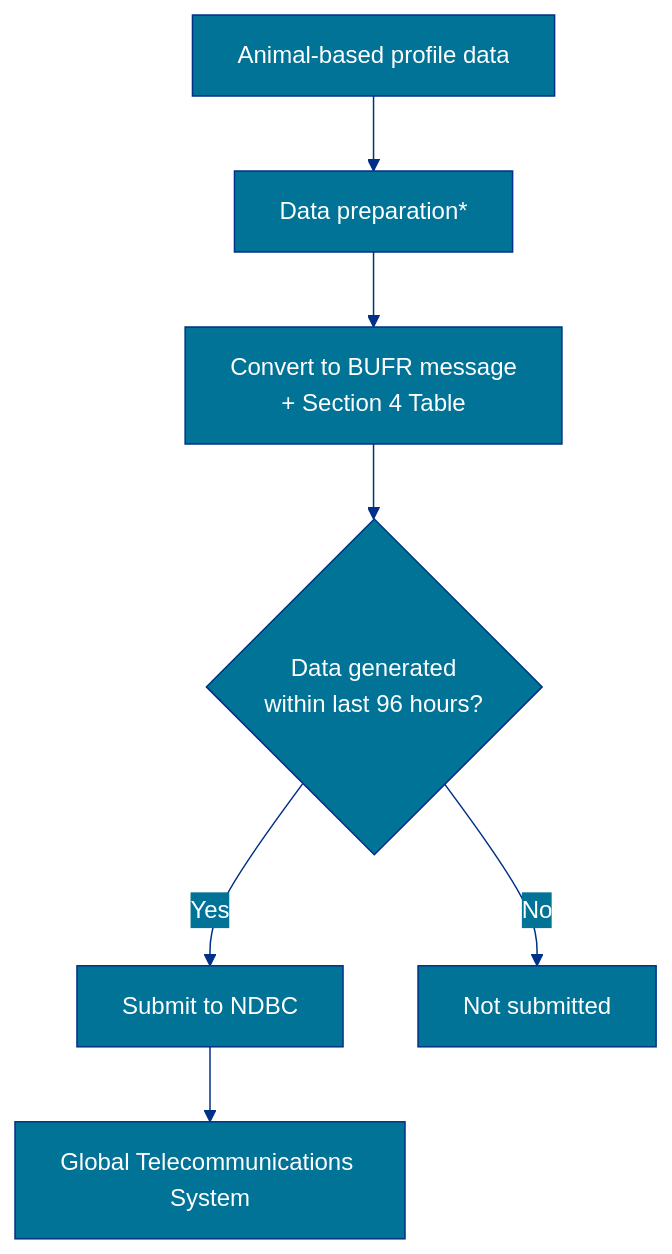
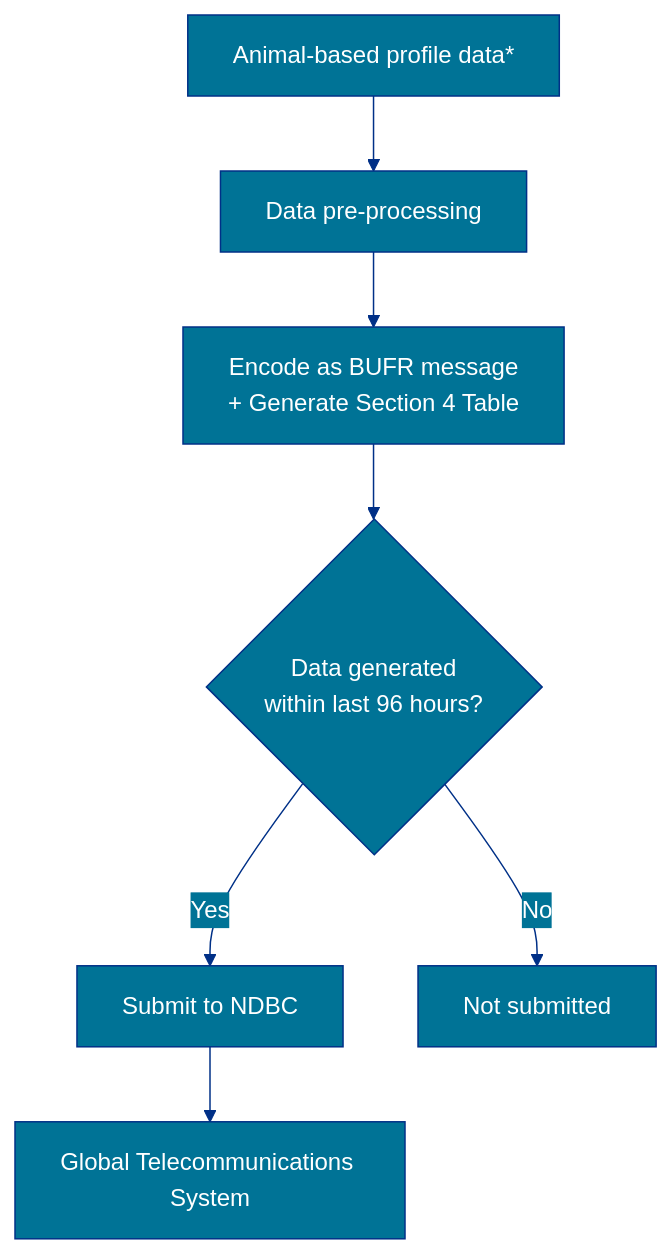
Before and after one commit to ioos/ioos-atn-data: the diagram in _docs/ndbc-gts.md, drawn with Mermaid. The commit also changed other lines of this file, not shown here.

Commit message:
update diagram/section

````diff
--- a/_docs/ndbc-gts.md
+++ b/_docs/ndbc-gts.md
@@ -22,24 +22,24 @@
 ```mermaid
 
 %%{
   init: {
     'theme': 'base',
     'themeVariables': {
       'primaryColor': '#007396',
       'primaryTextColor': '#fff',
       'primaryBorderColor': '#003087',
       'lineColor': '#003087',
       'secondaryColor': '#007396',
       'tertiaryColor': '#CCD1D1'
     }
   }
 }%%
 
 flowchart TD
-    A[Animal-based profile data] --> B[Data preparation*]
-    B --> C[Convert to BUFR message<br/>+ Section 4 Table]
+    A[Animal-based profile data*] --> B[Data pre-processing]
+    B --> C[Encode as BUFR message<br/>+ Generate Section 4 Table]
     C --> D{Data generated<br/>within last 96 hours?}
     D -->|Yes| E[Submit to NDBC]
     D -->|No| F[Not submitted]
     E --> G[Global Telecommunications System]
 ```
````
